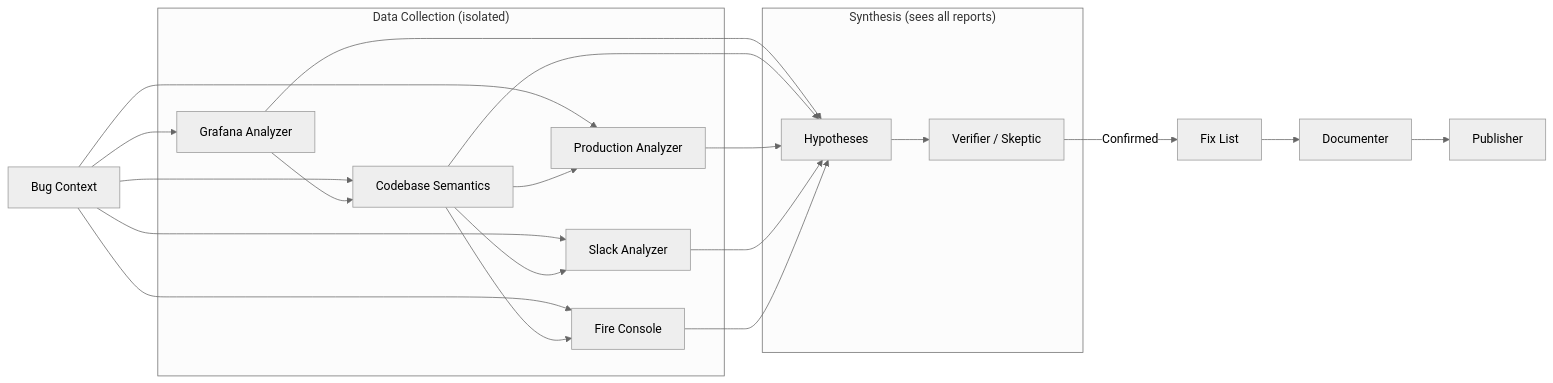
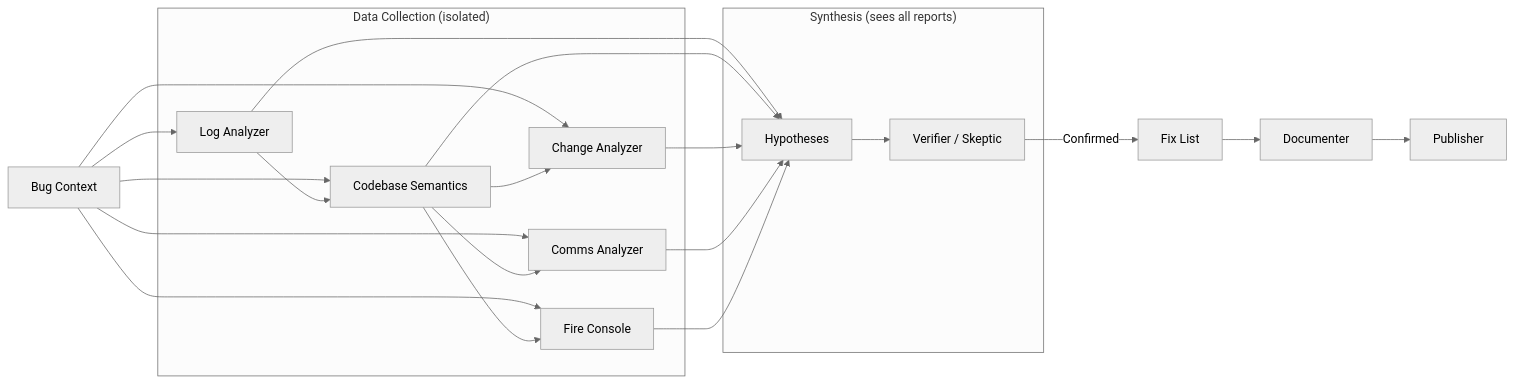
One commit to TamirCohen-Wix/production-master changed the second of 2 diagrams in docs/architecture.md. Above: the diagram before and after it, drawn with Mermaid (neutral theme). The commit also changed other lines of this file and 22 other files, not shown here.

````diff
--- a/docs/architecture.md
+++ b/docs/architecture.md
@@ -59,26 +59,26 @@
 ```mermaid
 flowchart LR
     subgraph DATA_AGENTS ["Data Collection (isolated)"]
-        GA[Grafana Analyzer]
+        GA[Log Analyzer]
         CS[Codebase Semantics]
-        PA[Production Analyzer]
-        SA[Slack Analyzer]
+        PA[Change Analyzer]
+        SA[Comms Analyzer]
         FC[Fire Console]
     end
 
     BC[Bug Context] --> GA & CS
     GA --> CS
     BC & CS --> PA & SA & FC
 
     subgraph SYNTHESIS ["Synthesis (sees all reports)"]
         HY[Hypotheses]
         VE[Verifier / Skeptic]
     end
 
     GA & CS & PA & SA & FC --> HY
     HY --> VE
 
     VE --> |Confirmed| FL[Fix List]
     FL --> DC[Documenter]
     DC --> PB[Publisher]
 ```
````
